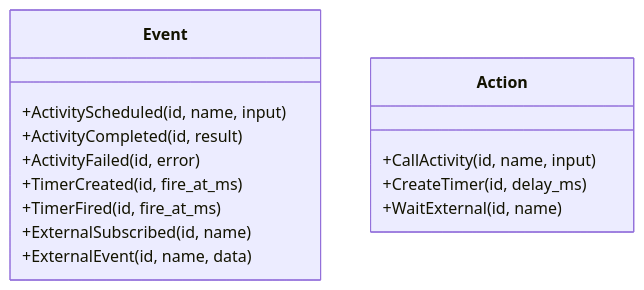
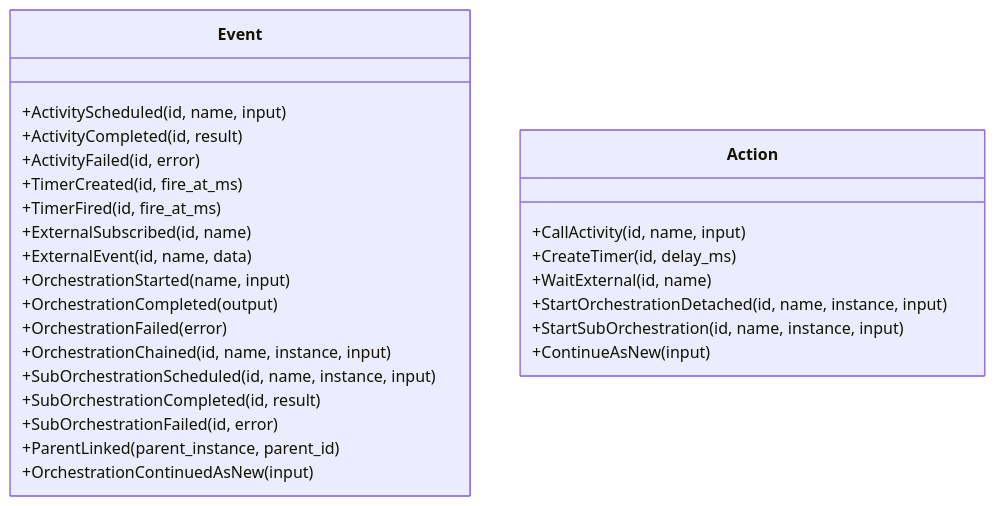
Before and after one commit to affandar/duroxide: the second of 3 diagrams in docs/architecture.md, drawn with Mermaid. The commit also changed other lines of this file and 15 other files, not shown here.

````diff
--- a/docs/architecture.md
+++ b/docs/architecture.md
@@ -32,18 +32,30 @@
 ```mermaid
 classDiagram
     class Event {
       +ActivityScheduled(id, name, input)
       +ActivityCompleted(id, result)
       +ActivityFailed(id, error)
       +TimerCreated(id, fire_at_ms)
       +TimerFired(id, fire_at_ms)
       +ExternalSubscribed(id, name)
       +ExternalEvent(id, name, data)
+      +OrchestrationStarted(name, input)
+      +OrchestrationCompleted(output)
+      +OrchestrationFailed(error)
+      +OrchestrationChained(id, name, instance, input)
+      +SubOrchestrationScheduled(id, name, instance, input)
+      +SubOrchestrationCompleted(id, result)
+      +SubOrchestrationFailed(id, error)
+      +ParentLinked(parent_instance, parent_id)
+      +OrchestrationContinuedAsNew(input)
     }
 
     class Action {
       +CallActivity(id, name, input)
       +CreateTimer(id, delay_ms)
       +WaitExternal(id, name)
+      +StartOrchestrationDetached(id, name, instance, input)
+      +StartSubOrchestration(id, name, instance, input)
+      +ContinueAsNew(input)
     }
 ```
````
